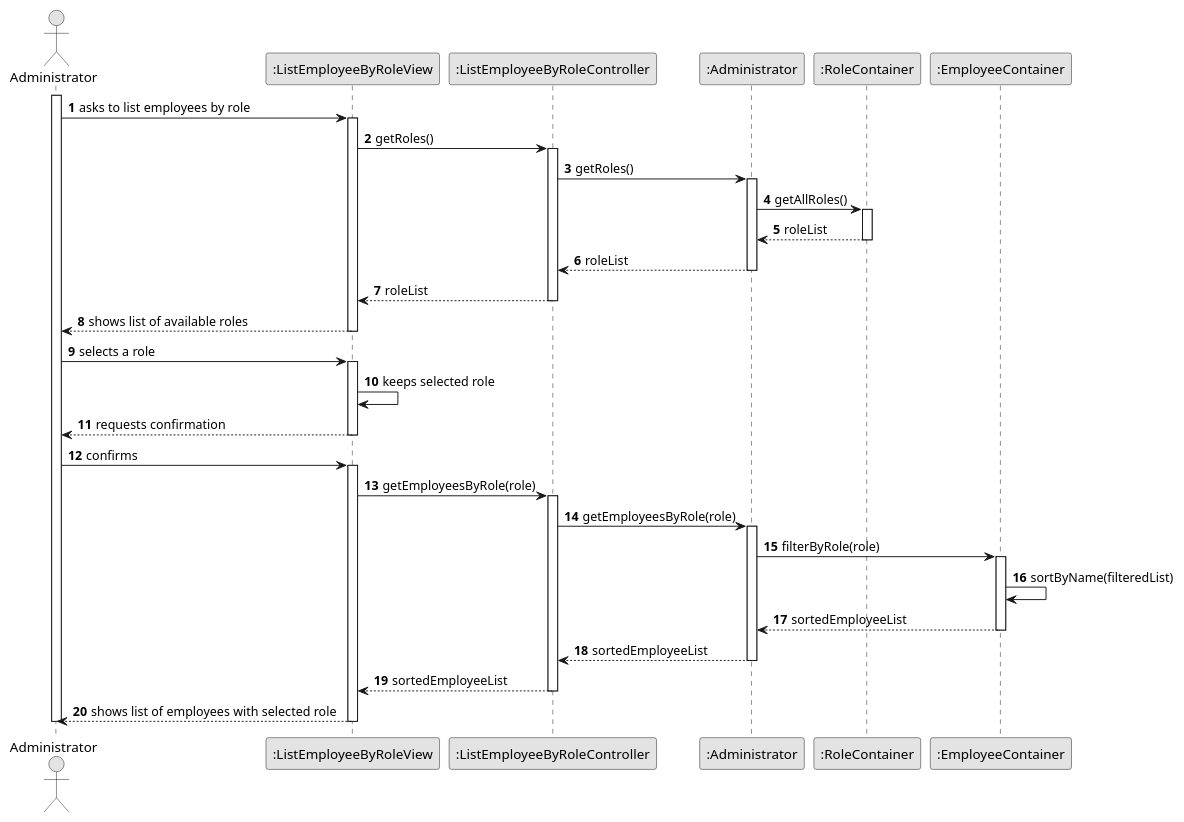
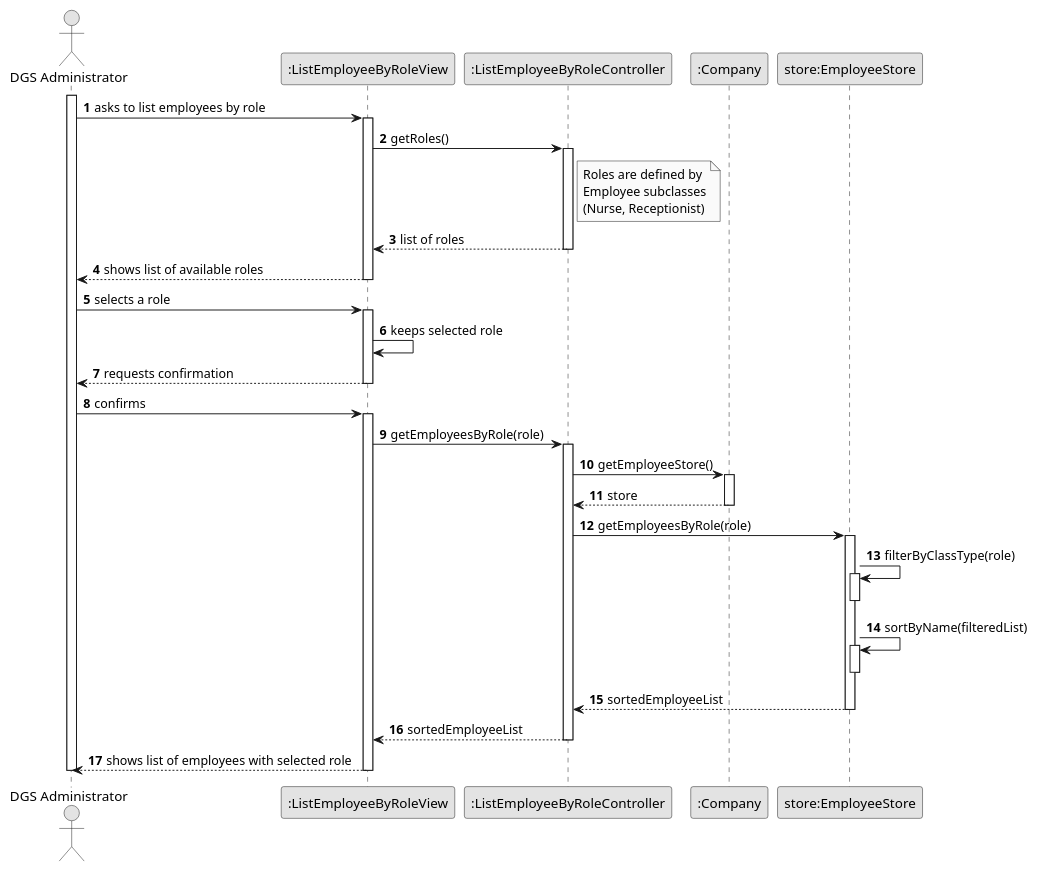
The diagram in project-template/docs/sprint2/US15/puml/US15-SD.puml (afonso51111/leti-esoft-25-26-A33), drawn with PlantUML before and after one commit. The commit also changed 8 other files, not shown here.

```diff
--- a/project-template/docs/sprint2/US15/puml/US15-SD.puml
+++ b/project-template/docs/sprint2/US15/puml/US15-SD.puml
@@ -1,77 +1,69 @@
 @startuml US15_SD
 skinparam monochrome true
 skinparam packageStyle rectangle
 skinparam shadowing false
 
 autonumber
 
-actor "Administrator" as Admin
+actor "DGS Administrator" as Admin
 participant ":ListEmployeeByRoleView" as View
 participant ":ListEmployeeByRoleController" as Controller
-participant ":Administrator" as AdminObj
-participant ":RoleContainer" as RoleContainer
-participant ":EmployeeContainer" as EmployeeContainer
+participant ":Company" as Company
+participant "store:EmployeeStore" as Store
 
 activate Admin
 
     Admin -> View : asks to list employees by role
     activate View
 
         View -> Controller : getRoles()
         activate Controller
-
-            Controller -> AdminObj : getRoles()
-            activate AdminObj
-
-                AdminObj -> RoleContainer : getAllRoles()
-                activate RoleContainer
-
-                    RoleContainer --> AdminObj : roleList
-                deactivate RoleContainer
-
-                AdminObj --> Controller : roleList
-            deactivate AdminObj
-
-            Controller --> View : roleList
+            note right of Controller: Roles are defined by\nEmployee subclasses\n(Nurse, Receptionist)
+            Controller --> View : list of roles
         deactivate Controller
 
         View --> Admin : shows list of available roles
     deactivate View
 
     Admin -> View : selects a role
     activate View
 
         View -> View : keeps selected role
 
         View --> Admin : requests confirmation
     deactivate View
 
     Admin -> View : confirms
     activate View
 
         View -> Controller : getEmployeesByRole(role)
         activate Controller
 
-            Controller -> AdminObj : getEmployeesByRole(role)
-            activate AdminObj
+            Controller -> Company : getEmployeeStore()
+            activate Company
+                Company --> Controller : store
+            deactivate Company
 
-                AdminObj -> EmployeeContainer : filterByRole(role)
-                activate EmployeeContainer
+            Controller -> Store : getEmployeesByRole(role)
+            activate Store
 
-                    EmployeeContainer -> EmployeeContainer : sortByName(filteredList)
+                Store -> Store : filterByClassType(role)
+                activate Store
+                deactivate Store
 
-                    EmployeeContainer --> AdminObj : sortedEmployeeList
-                deactivate EmployeeContainer
+                Store -> Store : sortByName(filteredList)
+                activate Store
+                deactivate Store
 
-                AdminObj --> Controller : sortedEmployeeList
-            deactivate AdminObj
+                Store --> Controller : sortedEmployeeList
+            deactivate Store
 
             Controller --> View : sortedEmployeeList
         deactivate Controller
 
         View --> Admin : shows list of employees with selected role
     deactivate View
 
 deactivate Admin
 
 @enduml
```
